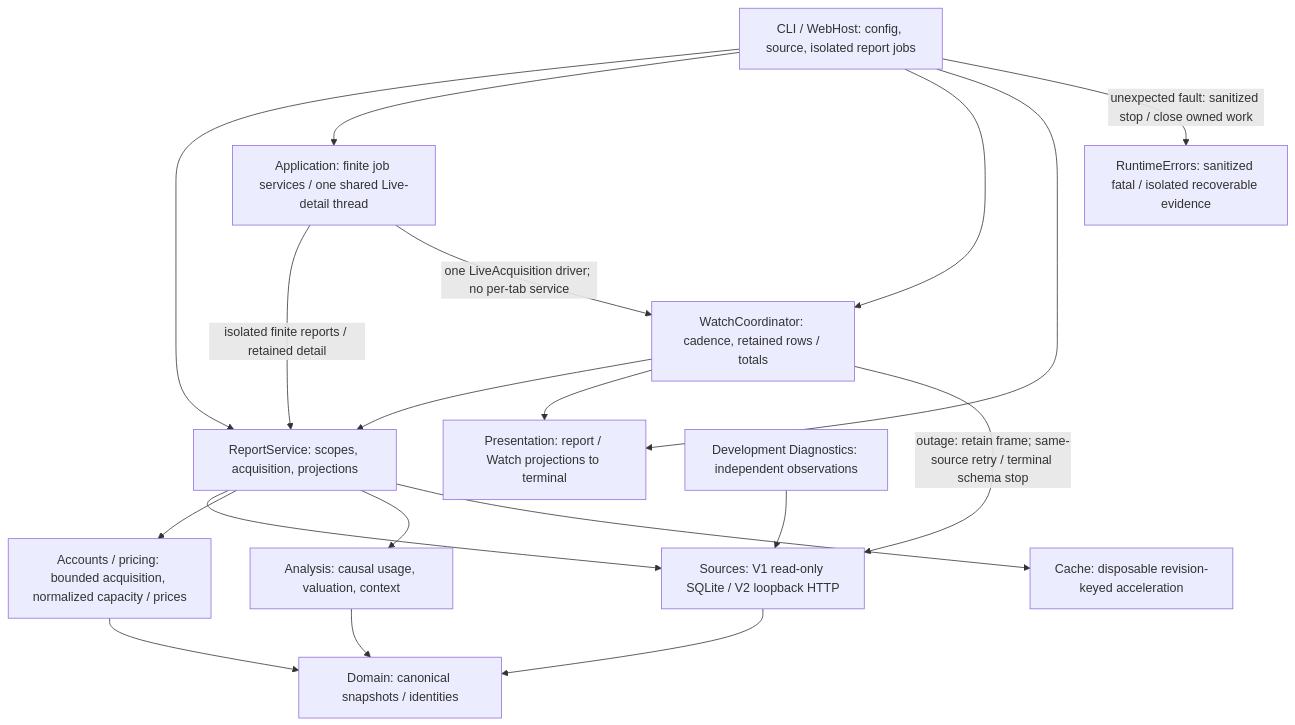
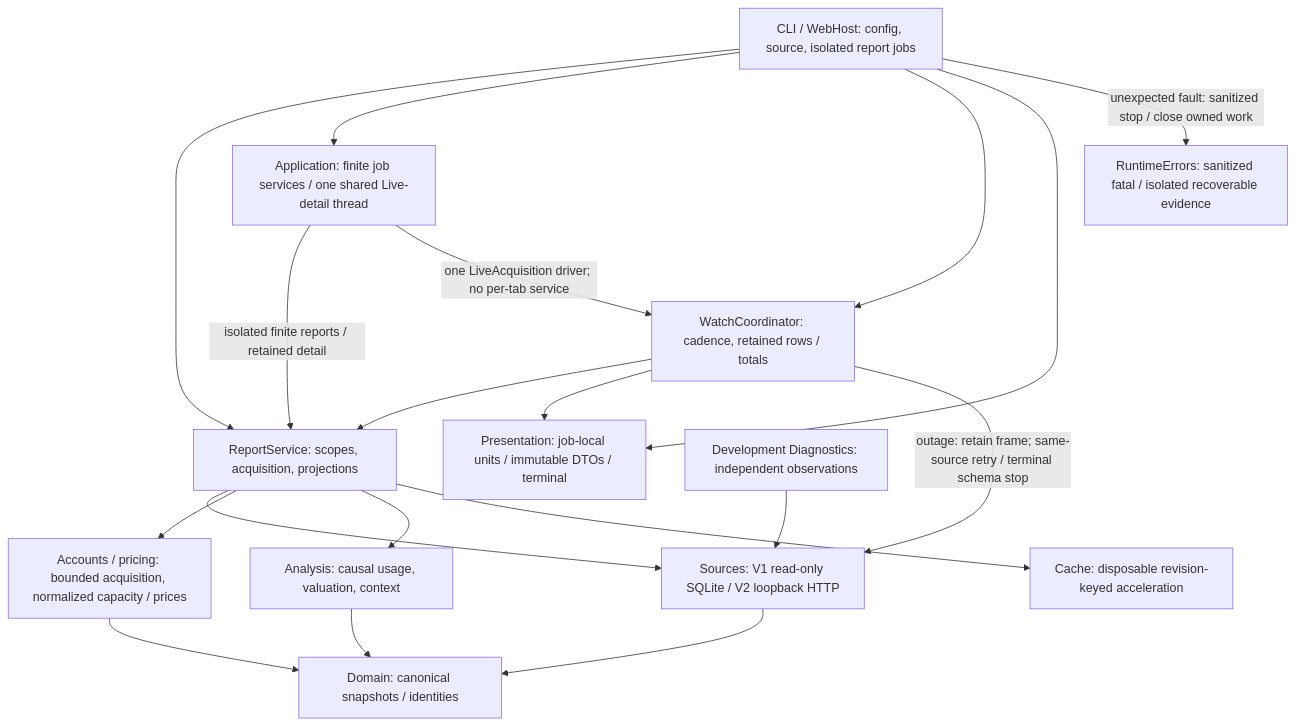
The first of 2 diagrams in development/architecture/OVERVIEW.md (qstoffe/cost-guard), drawn with Mermaid before and after one commit. The commit also changed other lines of this file and 4 other files, not shown here.

Commit message:
docs: complete milestone-40 architecture assessment (#100)

````diff
--- a/development/architecture/OVERVIEW.md
+++ b/development/architecture/OVERVIEW.md
@@ -18,21 +18,21 @@
 ```mermaid
 flowchart TD
     entry["CLI / WebHost: config, source, isolated report jobs"] --> reports["ReportService: scopes, acquisition, projections"]
     entry --> application["Application: finite job services / one shared Live-detail thread"]
     application -->|"isolated finite reports / retained detail"| reports
     entry --> watch["WatchCoordinator: cadence, retained rows / totals"]
     application -->|"one LiveAcquisition driver; no per-tab service"| watch
     watch --> reports
     reports --> sources["Sources: V1 read-only SQLite / V2 loopback HTTP"]
     reports --> providers["Accounts / pricing: bounded acquisition, normalized capacity / prices"]
     sources --> domain["Domain: canonical snapshots / identities"]
     providers --> domain
     reports --> analysis["Analysis: causal usage, valuation, context"]
     analysis --> domain
     reports --> cache["Cache: disposable revision-keyed acceleration"]
-    entry --> presentation["Presentation: report / Watch projections to terminal"]
+    entry --> presentation["Presentation: job-local units / immutable DTOs / terminal"]
     watch --> presentation
     watch -->|"outage: retain frame; same-source retry / terminal schema stop"| sources
     entry -->|"unexpected fault: sanitized stop / close owned work"| faults["RuntimeErrors: sanitized fatal / isolated recoverable evidence"]
     diagnostics["Development Diagnostics: independent observations"] --> sources
 ```
````
